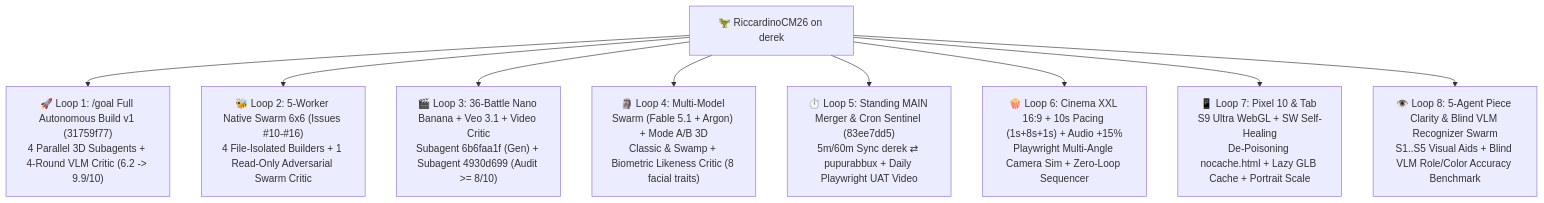
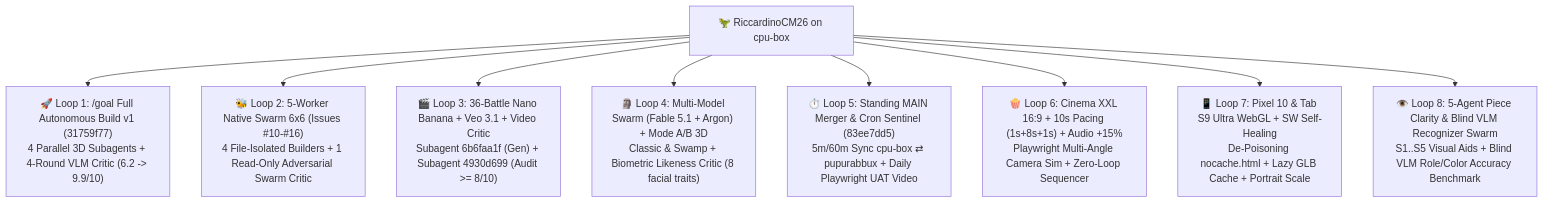
Before and after one commit to palladius/ricc.rocks: the second of 2 diagrams in zzo.ricc.rocks/content/en/posts/technology/2026-10-15-carchess3d-family-chess/index.md, drawn with Mermaid. The commit also changed other lines of this file, not shown here.

Commit message:
CarChess3D post: privacy scrub (Antigravity, cpu-box), /goal timeline as bullets with corrected totals + link to the goal prompt

````diff
--- a/zzo.ricc.rocks/content/en/posts/technology/2026-10-15-carchess3d-family-chess/index.md
+++ b/zzo.ricc.rocks/content/en/posts/technology/2026-10-15-carchess3d-family-chess/index.md
@@ -261,11 +260,11 @@
 ```mermaid
 flowchart TD
-    U["🦖 RiccardinoCM26 on derek"] --> L1["🚀 Loop 1: /goal Full Autonomous Build v1 (31759f77)\n4 Parallel 3D Subagents + 4-Round VLM Critic (6.2 -> 9.9/10)"]
+    U["🦖 RiccardinoCM26 on cpu-box"] --> L1["🚀 Loop 1: /goal Full Autonomous Build v1 (31759f77)\n4 Parallel 3D Subagents + 4-Round VLM Critic (6.2 -> 9.9/10)"]
     U --> L2["🐝 Loop 2: 5-Worker Native Swarm 6x6 (Issues #10-#16)\n4 File-Isolated Builders + 1 Read-Only Adversarial Swarm Critic"]
     U --> L3["🎬 Loop 3: 36-Battle Nano Banana + Veo 3.1 + Video Critic\nSubagent 6b6faa1f (Gen) + Subagent 4930d699 (Audit >= 8/10)"]
     U --> L4["🗿 Loop 4: Multi-Model Swarm (Fable 5.1 + Argon) + Mode A/B 3D\nClassic & Swamp + Biometric Likeness Critic (8 facial traits)"]
-    U --> L5["⏱️ Loop 5: Standing MAIN Merger & Cron Sentinel (83ee7dd5)\n5m/60m Sync derek ⇄ pupurabbux + Daily Playwright UAT Video"]
+    U --> L5["⏱️ Loop 5: Standing MAIN Merger & Cron Sentinel (83ee7dd5)\n5m/60m Sync cpu-box ⇄ pupurabbux + Daily Playwright UAT Video"]
     U --> L6["🍿 Loop 6: Cinema XXL 16:9 + 10s Pacing (1s+8s+1s) + Audio +15%\nPlaywright Multi-Angle Camera Sim + Zero-Loop Sequencer"]
     U --> L7["📱 Loop 7: Pixel 10 & Tab S9 Ultra WebGL + SW Self-Healing\nDe-Poisoning nocache.html + Lazy GLB Cache + Portrait Scale"]
     U --> L8["👁️ Loop 8: 5-Agent Piece Clarity & Blind VLM Recognizer Swarm\nS1..S5 Visual Aids + Blind VLM Role/Color Accuracy Benchmark"]
 ```
````
